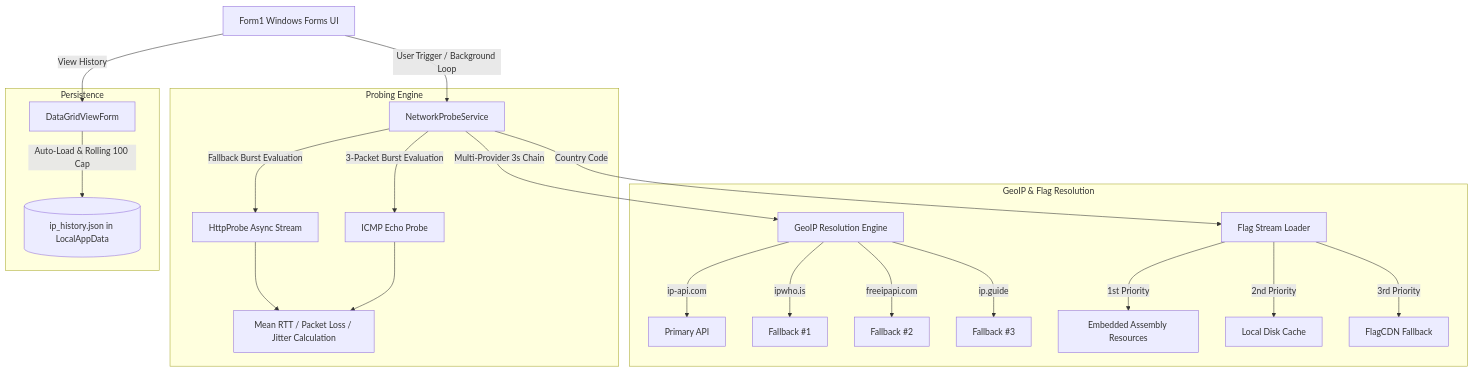
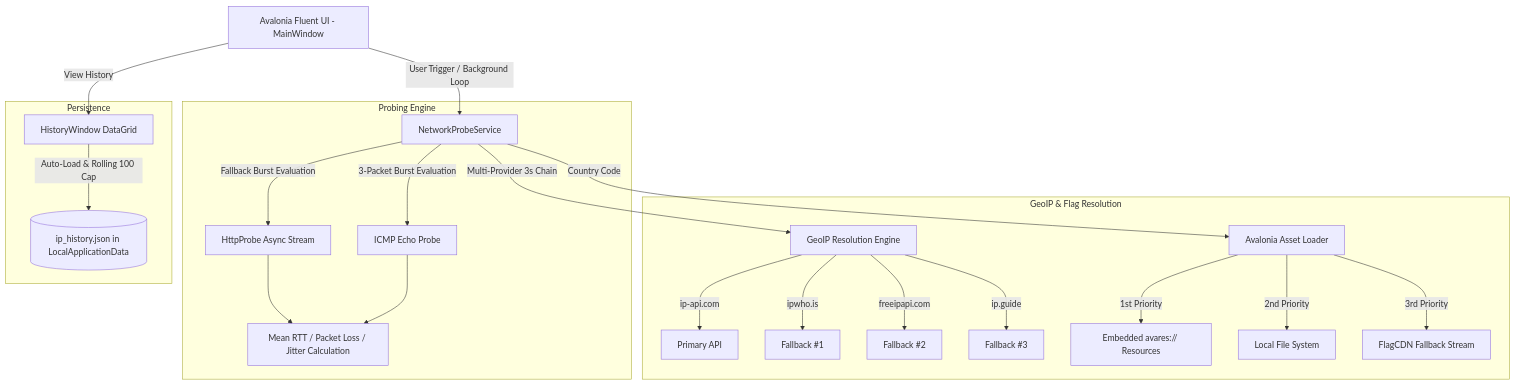
Before and after one commit to mahziyar-azz/ping-app: the diagram in README.md, drawn with Mermaid. The commit also changed other lines of this file and 659 other files, not shown here.

Commit message:
feat: port to .NET 10 and Avalonia UI with Linux & Windows support

````diff
--- a/README.md
+++ b/README.md
@@ -116,29 +114,29 @@
 ```mermaid
 graph TD
-    UI[Form1 Windows Forms UI] -->|User Trigger / Background Loop| NPS[NetworkProbeService]
-    UI -->|View History| DGV[DataGridViewForm]
+    UI[Avalonia Fluent UI - MainWindow] -->|User Trigger / Background Loop| NPS[NetworkProbeService]
+    UI -->|View History| DGV[HistoryWindow DataGrid]
     
     subgraph "Probing Engine"
         NPS -->|3-Packet Burst Evaluation| ICMP[ICMP Echo Probe]
         NPS -->|Fallback Burst Evaluation| HTTP[HttpProbe Async Stream]
         HTTP --> JitterCalc[Mean RTT / Packet Loss / Jitter Calculation]
         ICMP --> JitterCalc
     end
 
     subgraph "GeoIP & Flag Resolution"
         NPS -->|Multi-Provider 3s Chain| GeoIP[GeoIP Resolution Engine]
         GeoIP -->|ip-api.com| G1[Primary API]
         GeoIP -->|ipwho.is| G2[Fallback #1]
         GeoIP -->|freeipapi.com| G3[Fallback #2]
         GeoIP -->|ip.guide| G4[Fallback #3]
         
-        NPS -->|Country Code| FlagEngine[Flag Stream Loader]
-        FlagEngine -->|1st Priority| Res[Embedded Assembly Resources]
-        FlagEngine -->|2nd Priority| Disk[Local Disk Cache]
-        FlagEngine -->|3rd Priority| CDN[FlagCDN Fallback]
+        NPS -->|Country Code| FlagEngine[Avalonia Asset Loader]
+        FlagEngine -->|1st Priority| Res[Embedded avares:// Resources]
+        FlagEngine -->|2nd Priority| Disk[Local File System]
+        FlagEngine -->|3rd Priority| CDN[FlagCDN Fallback Stream]
     end
 
     subgraph "Persistence"
-        DGV -->|Auto-Load & Rolling 100 Cap| Storage[(ip_history.json in LocalAppData)]
+        DGV -->|Auto-Load & Rolling 100 Cap| Storage[(ip_history.json in LocalApplicationData)]
     end
 ```
````
